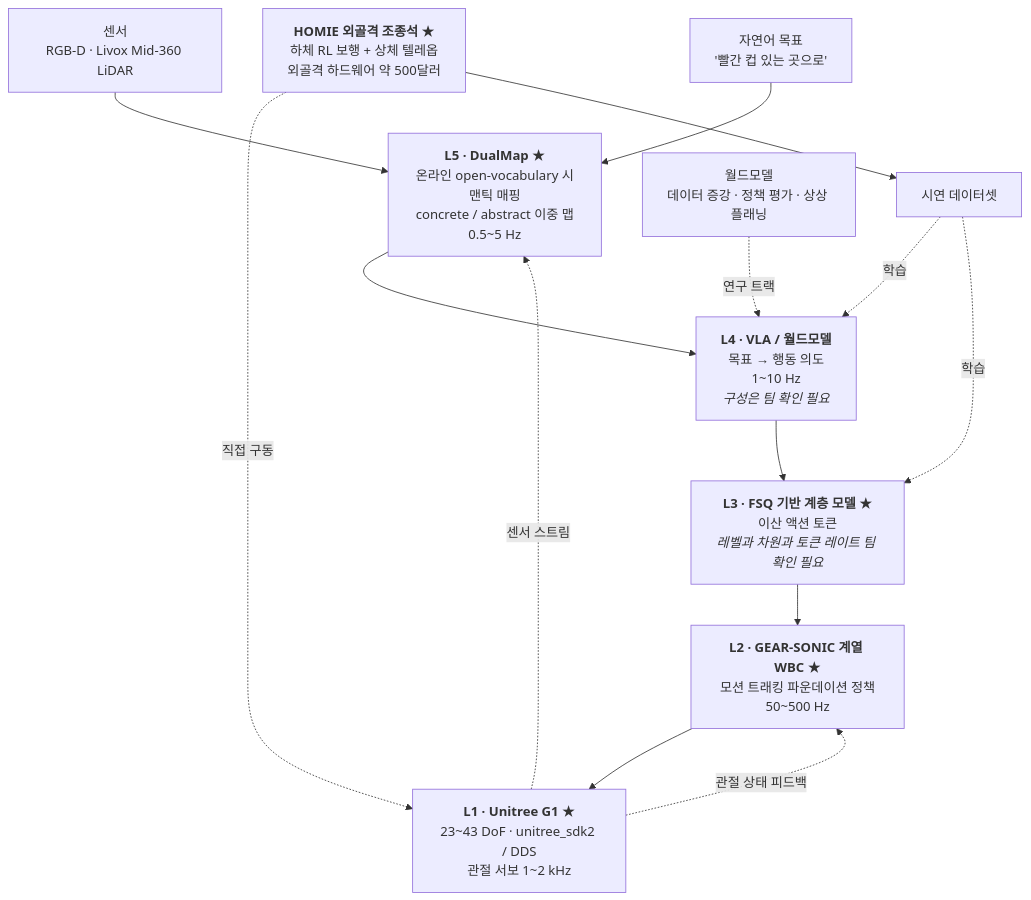
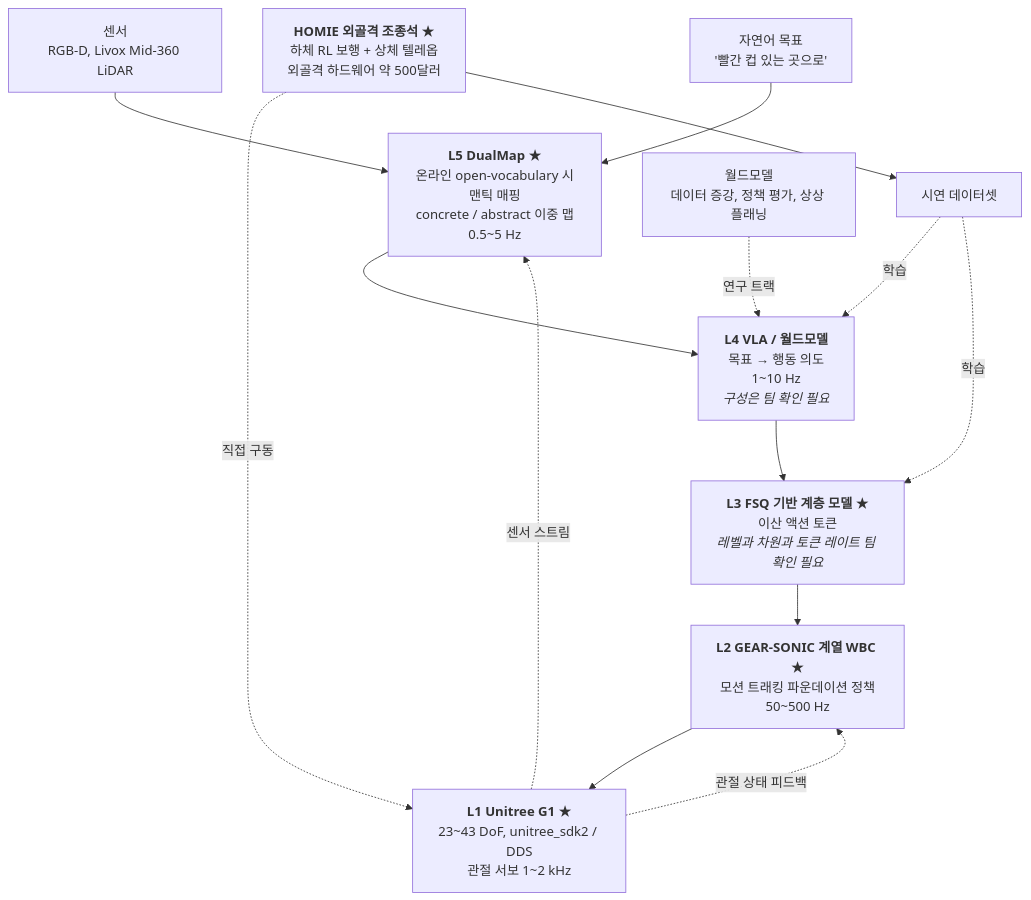
Before and after one commit to sguys99/physical-ai-study: the third of 4 diagrams in course/w1-generative-core/01-physical-ai-landscape/lesson.md, drawn with Mermaid. The commit also changed other lines of this file and 3 other files, not shown here.

````diff
--- a/course/w1-generative-core/01-physical-ai-landscape/lesson.md
+++ b/course/w1-generative-core/01-physical-ai-landscape/lesson.md
@@ -551,18 +551,18 @@
 ```mermaid
 flowchart TB
-    SENS["센서<br/>RGB-D · Livox Mid-360 LiDAR"] --> L5
+    SENS["센서<br/>RGB-D, Livox Mid-360 LiDAR"] --> L5
     GOAL["자연어 목표<br/>'빨간 컵 있는 곳으로'"] --> L5
-    L5["<b>L5 · DualMap</b> ★<br/>온라인 open-vocabulary 시맨틱 매핑<br/>concrete / abstract 이중 맵<br/>0.5~5 Hz"]
-    L5 --> L4["<b>L4 · VLA / 월드모델</b><br/>목표 → 행동 의도<br/>1~10 Hz<br/><i>구성은 팀 확인 필요</i>"]
-    L4 --> L3["<b>L3 · FSQ 기반 계층 모델</b> ★<br/>이산 액션 토큰<br/><i>레벨과 차원과 토큰 레이트 팀 확인 필요</i>"]
-    L3 --> L2["<b>L2 · GEAR-SONIC 계열 WBC</b> ★<br/>모션 트래킹 파운데이션 정책<br/>50~500 Hz"]
-    L2 --> L1["<b>L1 · Unitree G1</b> ★<br/>23~43 DoF · unitree_sdk2 / DDS<br/>관절 서보 1~2 kHz"]
+    L5["<b>L5 DualMap</b> ★<br/>온라인 open-vocabulary 시맨틱 매핑<br/>concrete / abstract 이중 맵<br/>0.5~5 Hz"]
+    L5 --> L4["<b>L4 VLA / 월드모델</b><br/>목표 → 행동 의도<br/>1~10 Hz<br/><i>구성은 팀 확인 필요</i>"]
+    L4 --> L3["<b>L3 FSQ 기반 계층 모델</b> ★<br/>이산 액션 토큰<br/><i>레벨과 차원과 토큰 레이트 팀 확인 필요</i>"]
+    L3 --> L2["<b>L2 GEAR-SONIC 계열 WBC</b> ★<br/>모션 트래킹 파운데이션 정책<br/>50~500 Hz"]
+    L2 --> L1["<b>L1 Unitree G1</b> ★<br/>23~43 DoF, unitree_sdk2 / DDS<br/>관절 서보 1~2 kHz"]
     L1 -. 관절 상태 피드백 .-> L2
     L1 -. 센서 스트림 .-> L5
 
     HOMIE["<b>HOMIE 외골격 조종석</b> ★<br/>하체 RL 보행 + 상체 텔레옵<br/>외골격 하드웨어 약 500달러"] -. 직접 구동 .-> L1
     HOMIE --> DATA["시연 데이터셋"]
     DATA -. 학습 .-> L4
     DATA -. 학습 .-> L3
-    WM["월드모델<br/>데이터 증강 · 정책 평가 · 상상 플래닝"] -. 연구 트랙 .-> L4
+    WM["월드모델<br/>데이터 증강, 정책 평가, 상상 플래닝"] -. 연구 트랙 .-> L4
 ```
````
